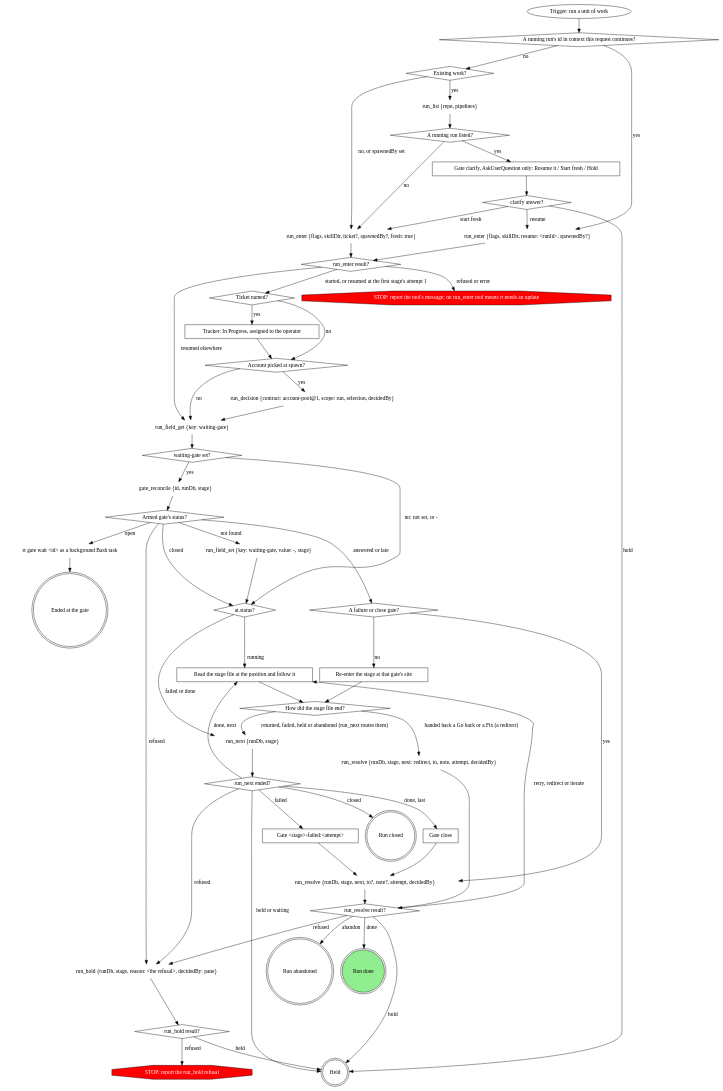
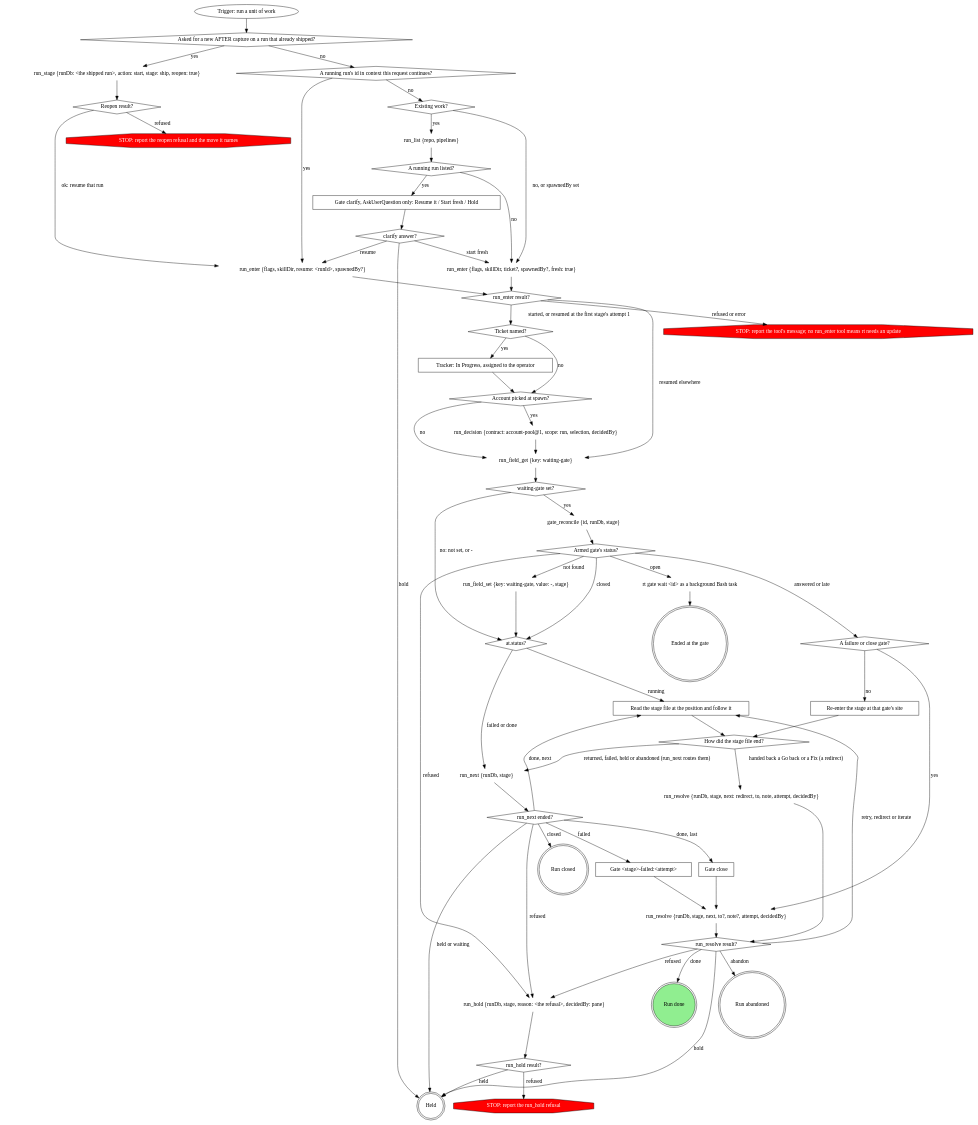
One commit to m4ttstack/mattstack changed the diagram in plugins/mattstack/attachments/pipeline/work/SKILL.md. Above: the diagram before and after it, drawn with Graphviz. The commit also changed other lines of this file and 172 other files, not shown here.

First line of the commit message:
Reopen a done run on purpose; re-capture the AFTER on a shipped run (RT-505, RT-504) (#883)

````diff
--- a/plugins/mattstack/attachments/pipeline/work/SKILL.md
+++ b/plugins/mattstack/attachments/pipeline/work/SKILL.md
@@ -30,6 +30,10 @@
 ```dot
 digraph work {
     work_triggered [label="Trigger: run a unit of work" shape=ellipse];
+    recapture_asked [label="Asked for a new AFTER capture on a run that already shipped?" shape=diamond];
+    run_stage_reopen [label="run_stage {runDb: <the shipped run>, action: start, stage: ship, reopen: true}" shape=plaintext];
+    reopen_result [label="Reopen result?" shape=diamond];
+    stop_reopen_refused [label="STOP: report the reopen refusal and the move it names" shape=octagon style=filled fillcolor=red fontcolor=white];
     run_id_in_context [label="A running run's id in context this request continues?" shape=diamond];
     existing_work [label="Existing work?" shape=diamond];
     run_list [label="run_list {repo, pipelines}" shape=plaintext];
@@ -71,7 +75,12 @@
     run_abandoned [label="Run abandoned" shape=doublecircle];
     run_done [label="Run done" shape=doublecircle style=filled fillcolor=lightgreen];
 
-    work_triggered -> run_id_in_context;
+    work_triggered -> recapture_asked;
+    recapture_asked -> run_stage_reopen [label="yes"];
+    recapture_asked -> run_id_in_context [label="no"];
+    run_stage_reopen -> reopen_result;
+    reopen_result -> run_enter_resume [label="ok: resume that run"];
+    reopen_result -> stop_reopen_refused [label="refused"];
     run_id_in_context -> run_enter_resume [label="yes"];
     run_id_in_context -> existing_work [label="no"];
     existing_work -> run_list [label="yes"];
````
